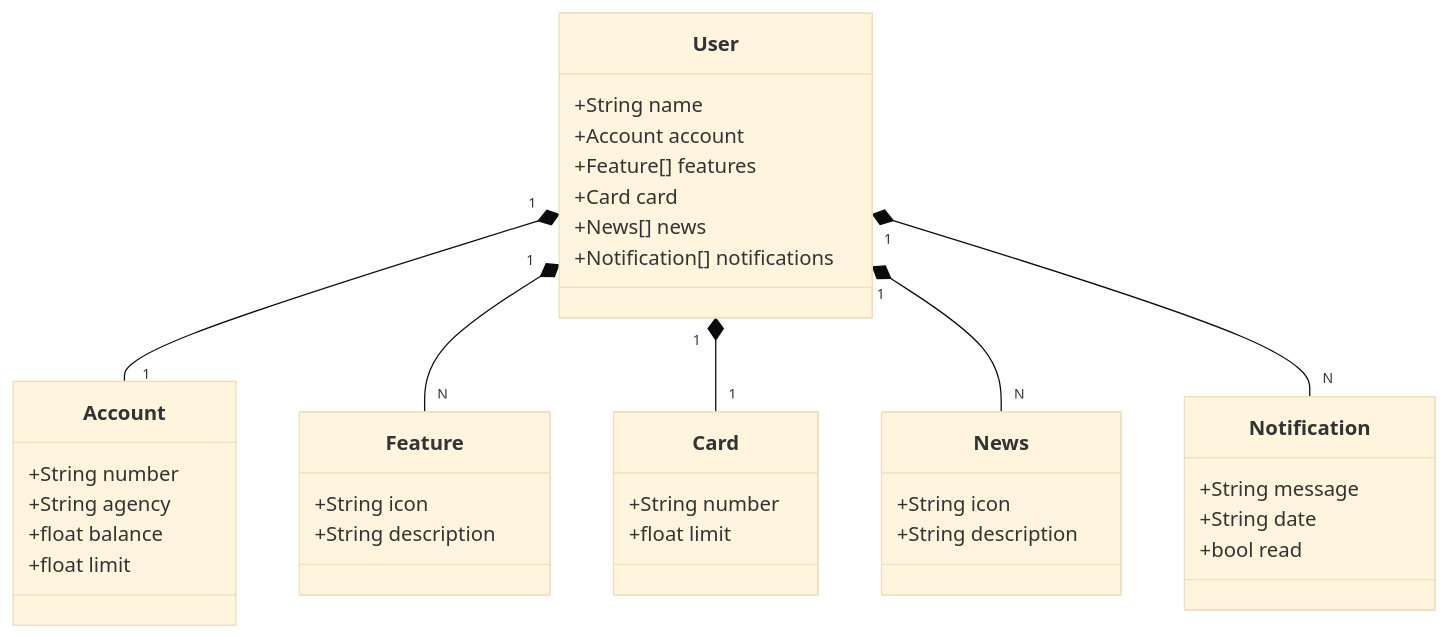
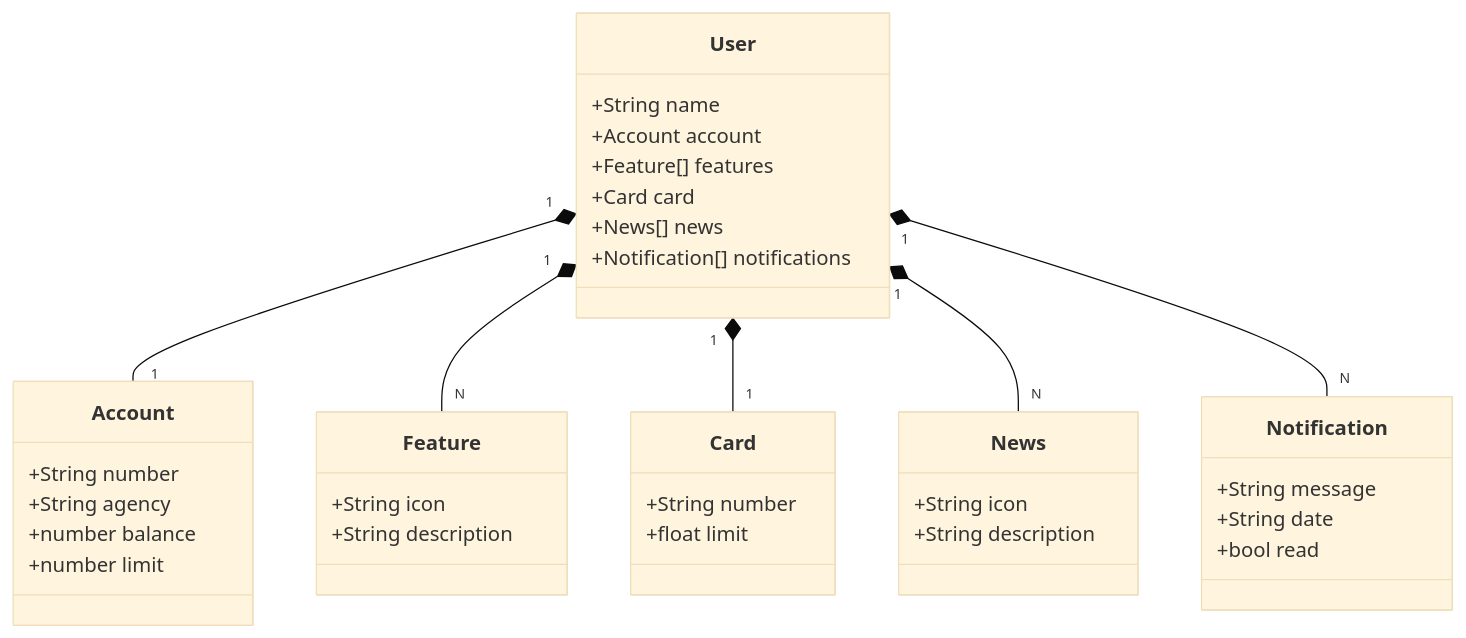
The diagram in README.md (Raissamt/santander-dev-project-dio), drawn with Mermaid (base theme) before and after one commit.

````diff
--- a/README.md
+++ b/README.md
@@ -23,46 +23,46 @@
 ```mermaid
 
 classDiagram
   class User {
     +String name
     +Account account
     +Feature[] features
     +Card card
     +News[] news
     +Notification[] notifications
   }
 
   class Account {
     +String number
     +String agency
-    +float balance
-    +float limit
+    +number balance
+    +number limit
   }
 
   class Feature {
     +String icon
     +String description
   }
 
   class Card {
     +String number
     +float limit
   }
 
   class News {
     +String icon
     +String description
   }
 
   class Notification {
     +String message
     +String date
     +bool read
   }
 
   User "1" *-- "1" Account
   User "1" *-- "N" Feature
   User "1" *-- "1" Card
   User "1" *-- "N" News
   User "1" *-- "N" Notification
 ```
````
